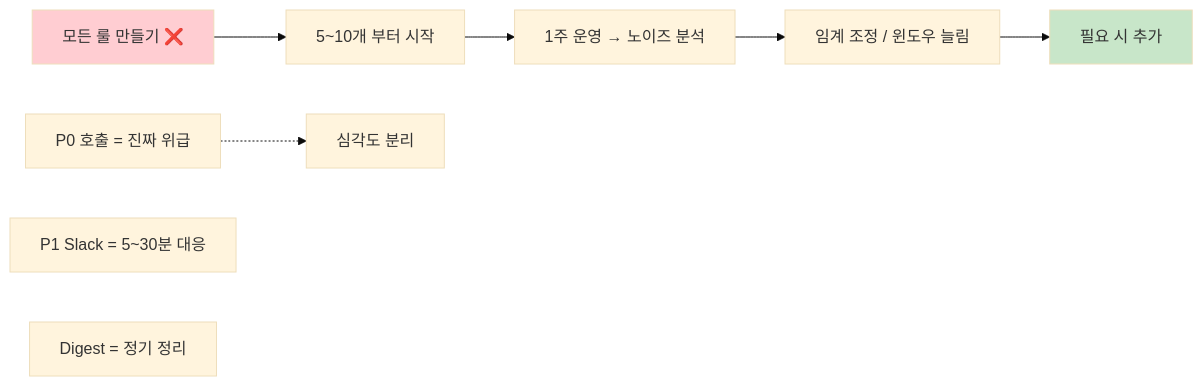
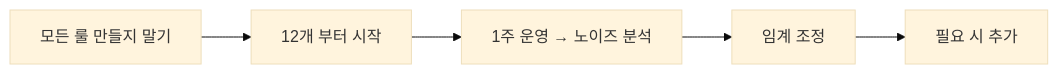
Before and after one commit to corollazer0/elk-learning: the sixth of 10 diagrams in docs/09-monitoring-strategy.md, drawn with Mermaid (base theme). The commit also changed other lines of this file, not shown here.

````diff
--- a/docs/09-monitoring-strategy.md
+++ b/docs/09-monitoring-strategy.md
@@ -1007,14 +861,7 @@
 ```mermaid
 flowchart LR
-    A[모든 룰 만들기 ❌] --> B[5~10개 부터 시작]
-    B --> C[1주 운영 → 노이즈 분석]
-    C --> D[임계 조정 / 윈도우 늘림]
-    D --> E[필요 시 추가]
-
-    P0[P0 호출 = 진짜 위급] -.-> Filter[심각도 분리]
-    P1[P1 Slack = 5~30분 대응]
-    Dig[Digest = 정기 정리]
-
-    style A fill:#ffcdd2
-    style E fill:#c8e6c9
+    Dont[모든 룰 만들지 말기] --> Min[12개 부터 시작]
+    Min --> Iter[1주 운영 → 노이즈 분석]
+    Iter --> Adjust[임계 조정]
+    Adjust --> Add[필요 시 추가]
 ```
````
